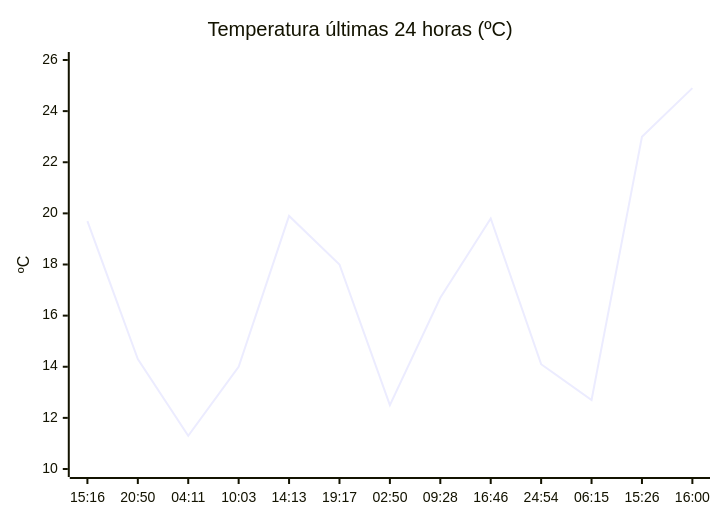
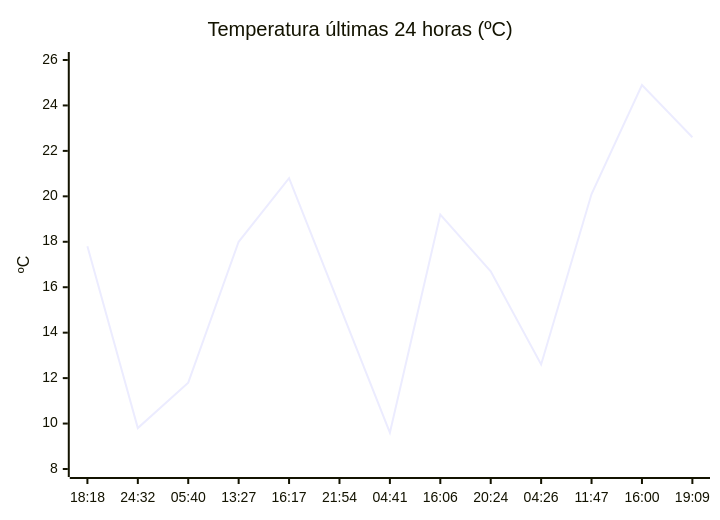
One commit to solidsnk86/rem-scrap changed the diagram in README.md. Above: the diagram before and after it, drawn with Mermaid. The commit also changed other lines of this file, not shown here.

````diff
--- a/README.md
+++ b/README.md
@@ -36,7 +32,7 @@
 ```mermaid
 xychart-beta
     title "Temperatura últimas 24 horas (ºC)"
-    x-axis ["15:16", "20:50", "04:11", "10:03", "14:13", "19:17", "02:50", "09:28", "16:46", "24:54", "06:15", "15:26", "16:00"]
-    y-axis "ºC" 10 --> 26
-    line [19.7, 14.3, 11.3, 14, 19.9, 18, 12.5, 16.7, 19.8, 14.1, 12.7, 23, 24.9]
+    x-axis ["18:18", "24:32", "05:40", "13:27", "16:17", "21:54", "04:41", "16:06", "20:24", "04:26", "11:47", "16:00", "19:09"]
+    y-axis "ºC" 8 --> 26
+    line [17.8, 9.8, 11.8, 18, 20.8, 15.2, 9.6, 19.2, 16.7, 12.6, 20.1, 24.9, 22.6]
 ```
````
